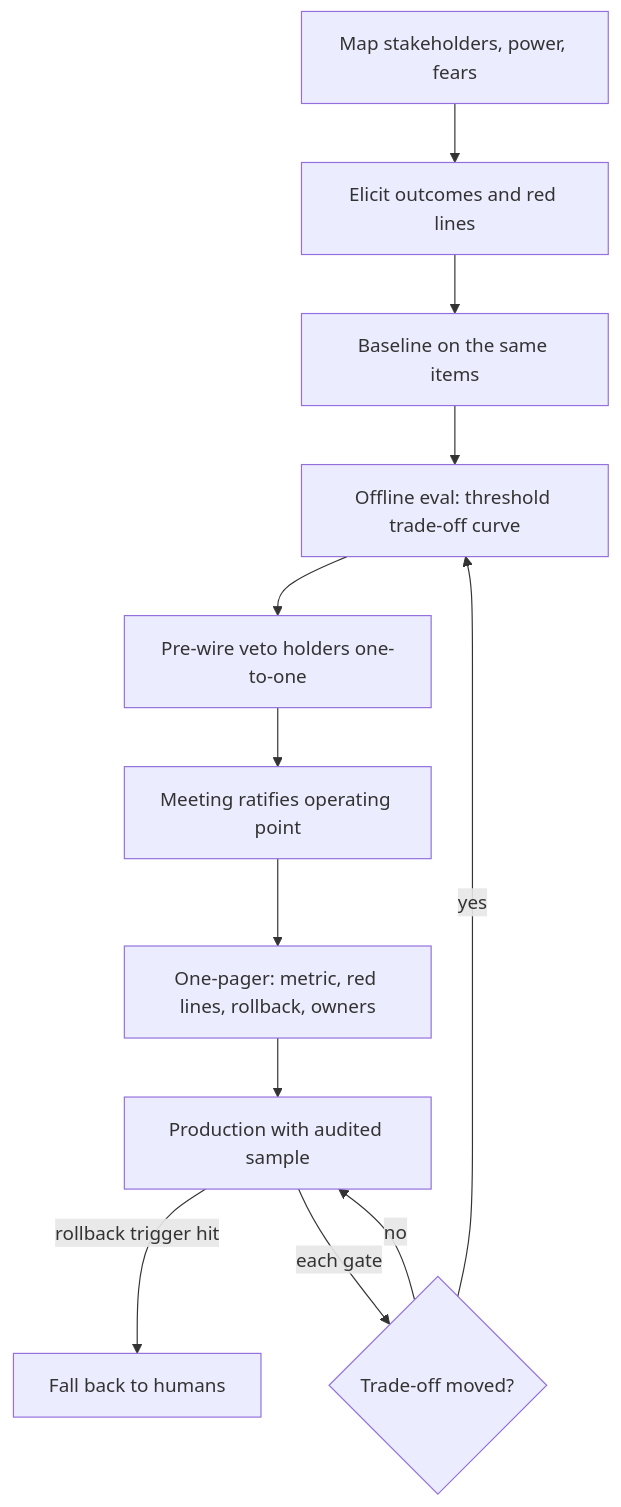
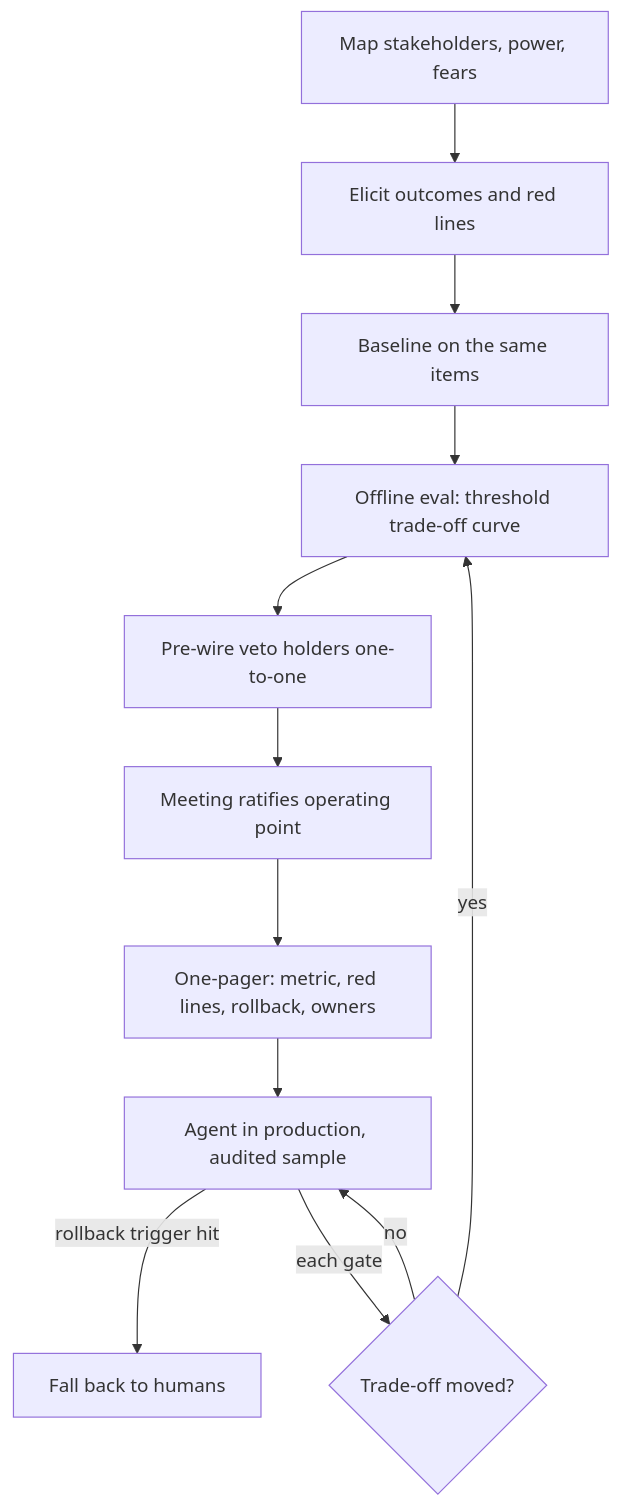
One commit to lovishmahajan97/agentic-learning changed the diagram in content/strategy/stakeholder-alignment.md. Above: the diagram before and after it, drawn with Mermaid. The commit also changed other lines of this file and 454 other files, not shown here.

````diff
--- a/content/strategy/stakeholder-alignment.md
+++ b/content/strategy/stakeholder-alignment.md
@@ -108,14 +137,14 @@
 ```mermaid
 flowchart TD
     M["Map stakeholders, power, fears"] --> E["Elicit outcomes and red lines"]
     E --> B["Baseline on the same items"]
     B --> C["Offline eval: threshold trade-off curve"]
     C --> PW["Pre-wire veto holders one-to-one"]
     PW --> R["Meeting ratifies operating point"]
     R --> OP["One-pager: metric, red lines, rollback, owners"]
-    OP --> P["Production with audited sample"]
+    OP --> P["Agent in production, audited sample"]
     P -->|"rollback trigger hit"| RB["Fall back to humans"]
     P -->|"each gate"| G{"Trade-off moved?"}
     G -->|"yes"| C
     G -->|"no"| P
 ```
````
